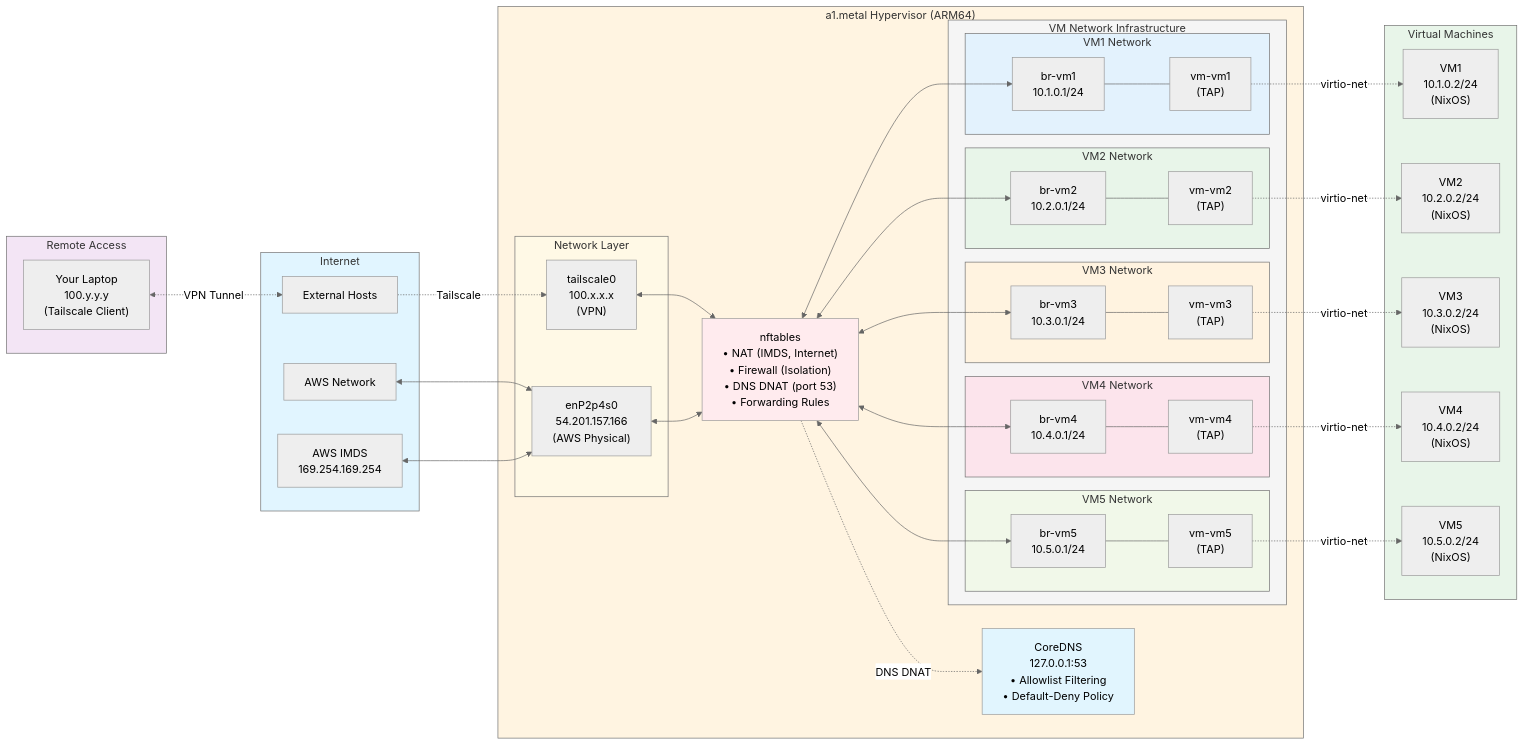
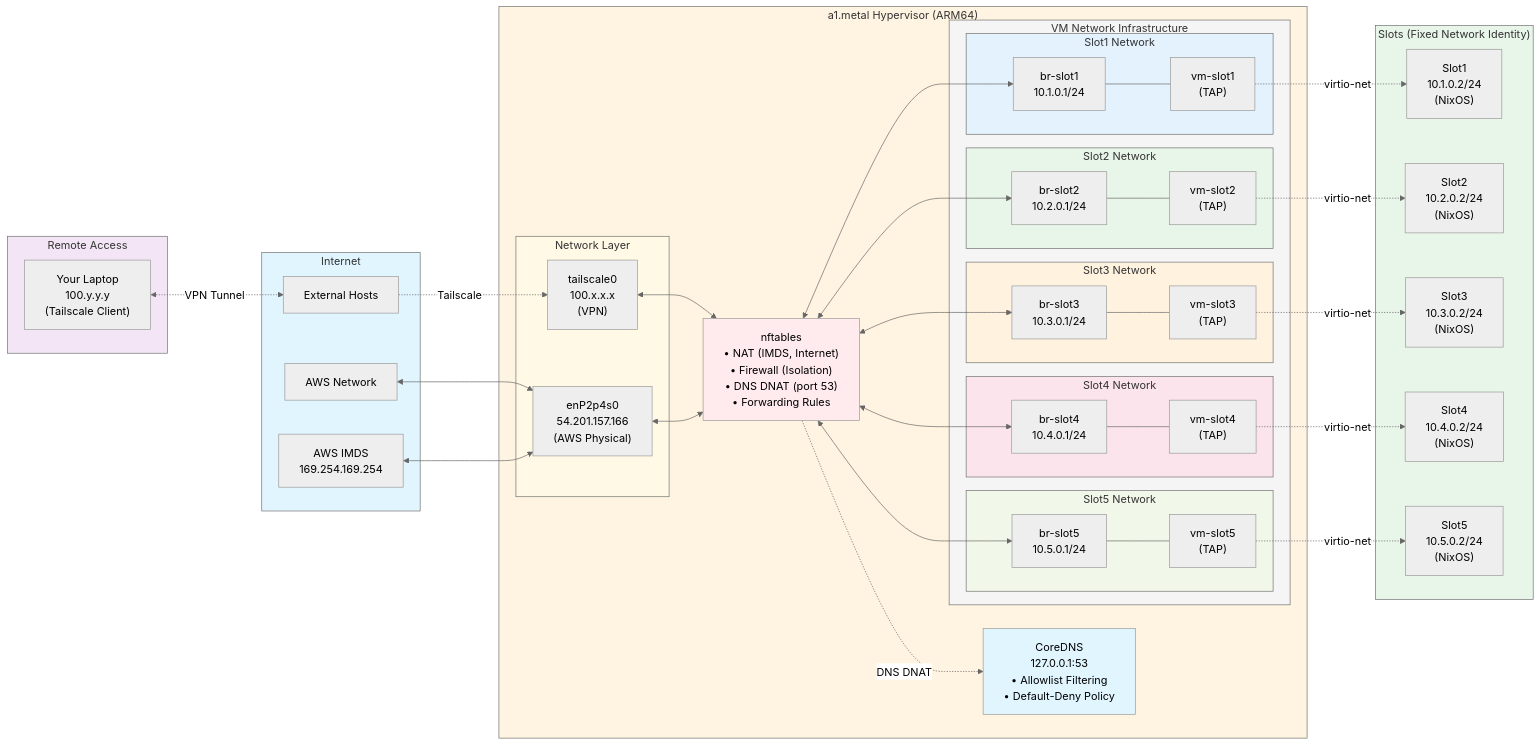
One commit to r33drichards/simple-microvm-infra changed the first of 15 diagrams in NETWORK-TOPOLOGY.md. Above: the diagram before and after it, drawn with Mermaid (neutral theme). The commit also changed other lines of this file and 3 other files, not shown here.

First line of the commit message:
Update documentation for portable state architecture

````diff
--- a/NETWORK-TOPOLOGY.md
+++ b/NETWORK-TOPOLOGY.md
@@ -38,39 +38,39 @@
         CoreDNS["CoreDNS<br/>127.0.0.1:53<br/>• Allowlist Filtering<br/>• Default-Deny Policy"]
 
         subgraph VMNetwork["VM Network Infrastructure"]
-            subgraph VM1Net["VM1 Network"]
-                br1["br-vm1<br/>10.1.0.1/24"]
-                tap1["vm-vm1<br/>(TAP)"]
+            subgraph Slot1Net["Slot1 Network"]
+                br1["br-slot1<br/>10.1.0.1/24"]
+                tap1["vm-slot1<br/>(TAP)"]
             end
 
-            subgraph VM2Net["VM2 Network"]
-                br2["br-vm2<br/>10.2.0.1/24"]
-                tap2["vm-vm2<br/>(TAP)"]
+            subgraph Slot2Net["Slot2 Network"]
+                br2["br-slot2<br/>10.2.0.1/24"]
+                tap2["vm-slot2<br/>(TAP)"]
             end
 
-            subgraph VM3Net["VM3 Network"]
-                br3["br-vm3<br/>10.3.0.1/24"]
-                tap3["vm-vm3<br/>(TAP)"]
+            subgraph Slot3Net["Slot3 Network"]
+                br3["br-slot3<br/>10.3.0.1/24"]
+                tap3["vm-slot3<br/>(TAP)"]
             end
 
-            subgraph VM4Net["VM4 Network"]
-                br4["br-vm4<br/>10.4.0.1/24"]
-                tap4["vm-vm4<br/>(TAP)"]
+            subgraph Slot4Net["Slot4 Network"]
+                br4["br-slot4<br/>10.4.0.1/24"]
+                tap4["vm-slot4<br/>(TAP)"]
             end
 
-            subgraph VM5Net["VM5 Network"]
-                br5["br-vm5<br/>10.5.0.1/24"]
-                tap5["vm-vm5<br/>(TAP)"]
+            subgraph Slot5Net["Slot5 Network"]
+                br5["br-slot5<br/>10.5.0.1/24"]
+                tap5["vm-slot5<br/>(TAP)"]
             end
         end
     end
 
-    subgraph VMs["Virtual Machines"]
-        VM1["VM1<br/>10.1.0.2/24<br/>(NixOS)"]
-        VM2["VM2<br/>10.2.0.2/24<br/>(NixOS)"]
-        VM3["VM3<br/>10.3.0.2/24<br/>(NixOS)"]
-        VM4["VM4<br/>10.4.0.2/24<br/>(NixOS)"]
-        VM5["VM5<br/>10.5.0.2/24<br/>(NixOS)"]
+    subgraph Slots["Slots (Fixed Network Identity)"]
+        Slot1["Slot1<br/>10.1.0.2/24<br/>(NixOS)"]
+        Slot2["Slot2<br/>10.2.0.2/24<br/>(NixOS)"]
+        Slot3["Slot3<br/>10.3.0.2/24<br/>(NixOS)"]
+        Slot4["Slot4<br/>10.4.0.2/24<br/>(NixOS)"]
+        Slot5["Slot5<br/>10.5.0.2/24<br/>(NixOS)"]
     end
 
     %% Remote to Internet
@@ -102,12 +102,12 @@
     br4 --- tap4
     br5 --- tap5
 
-    %% TAPs to VMs (virtio-net)
-    tap1 -.virtio-net.-> VM1
-    tap2 -.virtio-net.-> VM2
-    tap3 -.virtio-net.-> VM3
-    tap4 -.virtio-net.-> VM4
-    tap5 -.virtio-net.-> VM5
+    %% TAPs to Slots (virtio-net)
+    tap1 -.virtio-net.-> Slot1
+    tap2 -.virtio-net.-> Slot2
+    tap3 -.virtio-net.-> Slot3
+    tap4 -.virtio-net.-> Slot4
+    tap5 -.virtio-net.-> Slot5
 
     style Remote fill:#f3e5f5
     style Internet fill:#e1f5ff
@@ -116,10 +116,10 @@
     style nftables fill:#ffebee
     style CoreDNS fill:#e1f5fe
     style VMNetwork fill:#f5f5f5
-    style VM1Net fill:#e3f2fd
-    style VM2Net fill:#e8f5e9
-    style VM3Net fill:#fff3e0
-    style VM4Net fill:#fce4ec
-    style VM5Net fill:#f1f8e9
-    style VMs fill:#e8f5e9
+    style Slot1Net fill:#e3f2fd
+    style Slot2Net fill:#e8f5e9
+    style Slot3Net fill:#fff3e0
+    style Slot4Net fill:#fce4ec
+    style Slot5Net fill:#f1f8e9
+    style Slots fill:#e8f5e9
 ```
````
